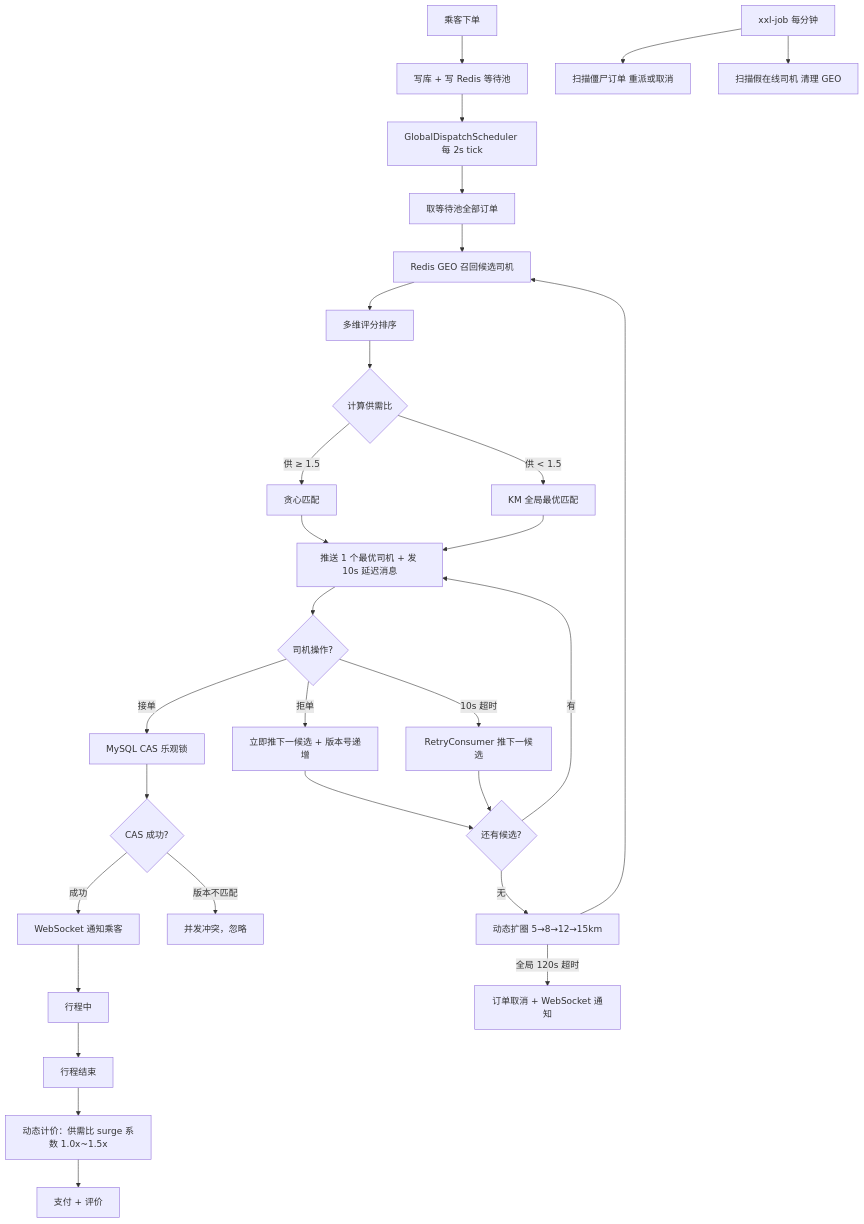
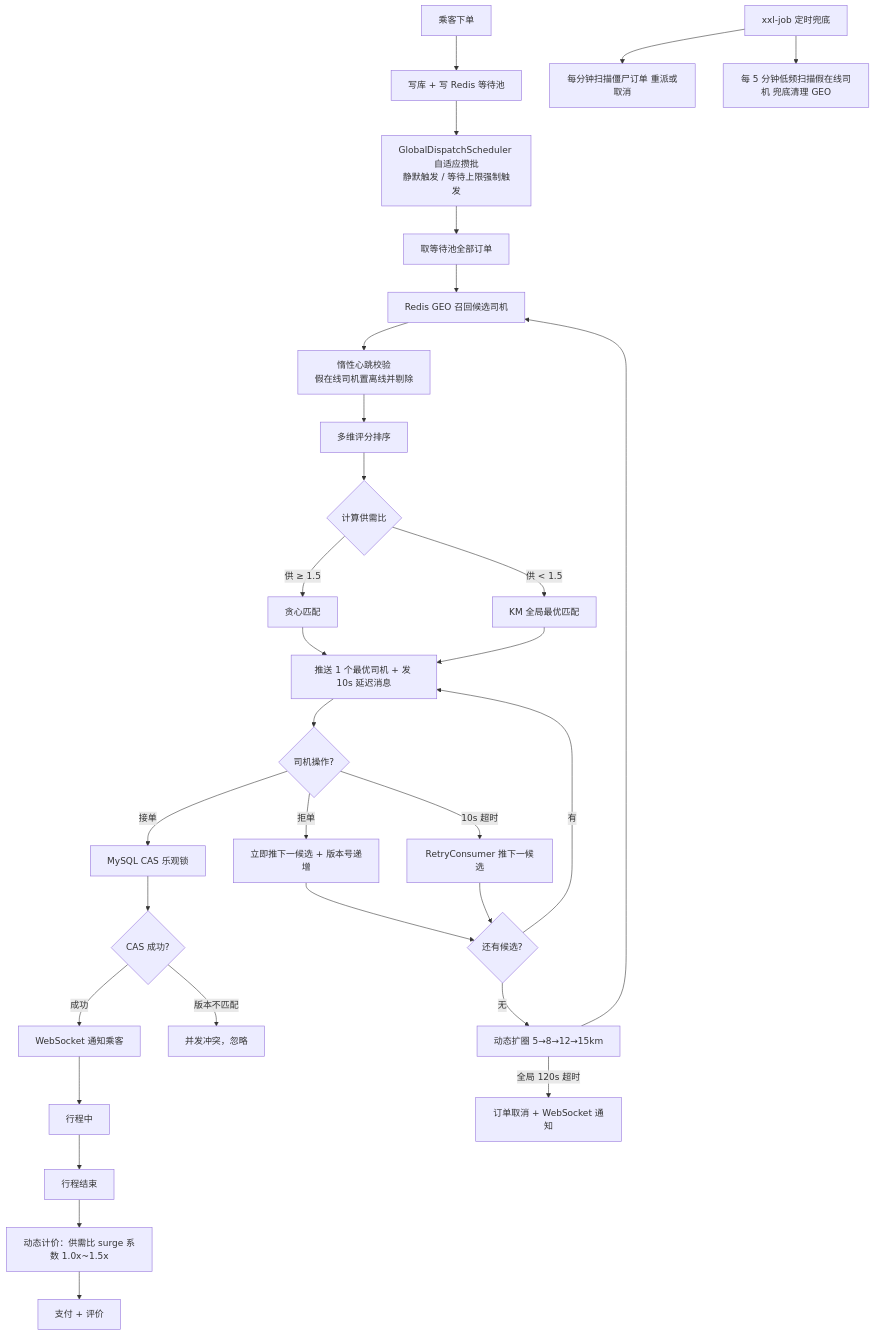
The diagram in README.md (CNIronBro/OpenRide), drawn with Mermaid before and after one commit. The commit also changed other lines of this file, not shown here.

````diff
--- a/README.md
+++ b/README.md
@@ -101,33 +101,34 @@
 ```mermaid
 graph TD
     A[乘客下单] --> B[写库 + 写 Redis 等待池]
-    B --> C[GlobalDispatchScheduler 每 2s tick]
+    B --> C[GlobalDispatchScheduler 自适应攒批<br/>静默触发 / 等待上限强制触发]
     C --> D[取等待池全部订单]
     D --> E[Redis GEO 召回候选司机]
-    E --> F[多维评分排序]
+    E --> E2[惰性心跳校验<br/>假在线司机置离线并剔除]
+    E2 --> F[多维评分排序]
     F --> G{计算供需比}
     G -- 供 ≥ 1.5 --> H[贪心匹配]
     G -- 供 < 1.5 --> I[KM 全局最优匹配]
     H --> J[推送 1 个最优司机 + 发 10s 延迟消息]
     I --> J
     J --> K{司机操作?}
     K -- 接单 --> L[MySQL CAS 乐观锁]
     L --> M{CAS 成功?}
     M -- 成功 --> N[WebSocket 通知乘客]
     N --> O[行程中]
     M -- 版本不匹配 --> P[并发冲突，忽略]
     K -- 拒单 --> Q[立即推下一候选 + 版本号递增]
     K -- 10s 超时 --> R[RetryConsumer 推下一候选]
     Q --> S{还有候选?}
     R --> S
     S -- 有 --> J
     S -- 无 --> T[动态扩圈 5→8→12→15km]
     T --> E
     T -- 全局 120s 超时 --> U[订单取消 + WebSocket 通知]
     O --> V[行程结束]
     V --> W[动态计价：供需比 surge 系数 1.0x~1.5x]
     W --> X[支付 + 评价]
 
-    Y[xxl-job 每分钟] --> Z[扫描僵尸订单 重派或取消]
-    Y --> AA[扫描假在线司机 清理 GEO]
+    Y[xxl-job 定时兜底] --> Z[每分钟扫描僵尸订单 重派或取消]
+    Y --> AA[每 5 分钟低频扫描假在线司机 兜底清理 GEO]
 ```
````
